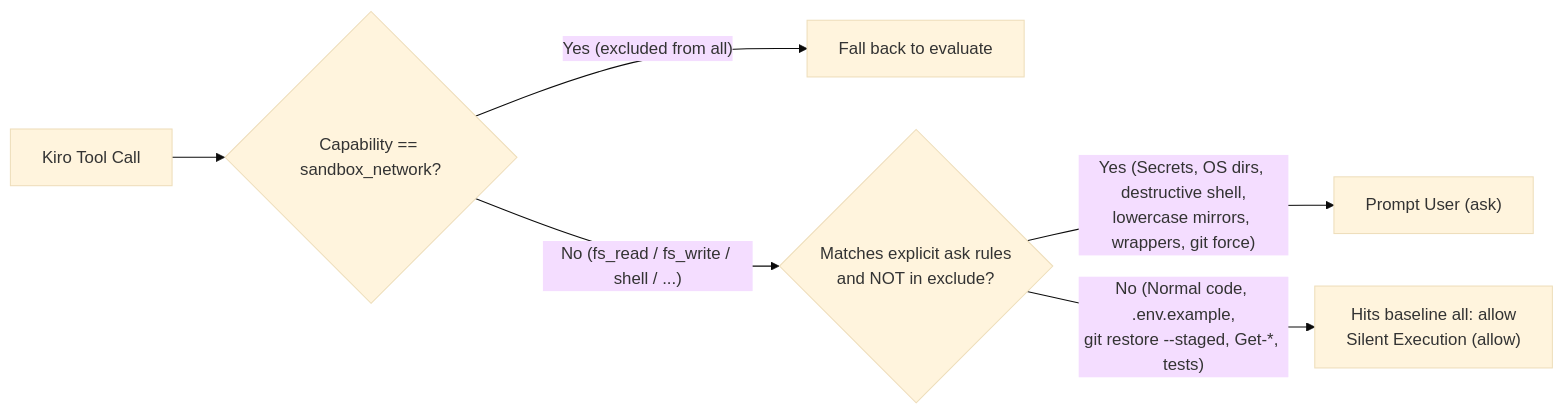
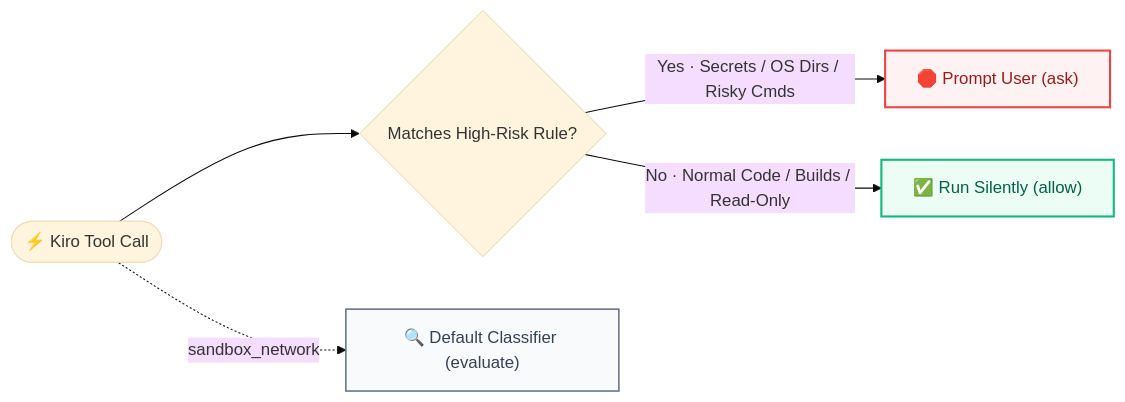
The diagram in README_EN.md (YOIMIYA66/kiro-windows-autonomy), drawn with Mermaid (base theme) before and after one commit. The commit also changed other lines of this file and 1 other file, not shown here.

Commit message:
docs: simplify flowchart and streamline README layout

````diff
--- a/README_EN.md
+++ b/README_EN.md
@@ -74,8 +71,14 @@
 ```mermaid
 flowchart LR
-    A["Kiro Tool Call"] --> B{"Capability == sandbox_network?"}
-    B -- "Yes (excluded from all)" --> C["Fall back to evaluate"]
-    B -- "No (fs_read / fs_write / shell / ...)" --> D{"Matches explicit ask rules\nand NOT in exclude?"}
-    D -- "Yes (Secrets, OS dirs, destructive shell,\nlowercase mirrors, wrappers, git force)" --> E["Prompt User (ask)"]
-    D -- "No (Normal code, .env.example,\ngit restore --staged, Get-*, tests)" --> F["Hits baseline all: allow\nSilent Execution (allow)"]
+    Call(["⚡ Kiro Tool Call"]) --> Check{"Matches High-Risk Rule?"}
+    Check -- "Yes · Secrets / OS Dirs / Risky Cmds" --> Ask["🛑 Prompt User (ask)"]
+    Check -- "No · Normal Code / Builds / Read-Only" --> Allow["✅ Run Silently (allow)"]
+    Call -. "sandbox_network" .-> Eval["🔍 Default Classifier (evaluate)"]
+
+    classDef askStyle fill:#fef2f2,stroke:#ef4444,stroke-width:2px,color:#991b1b
+    classDef allowStyle fill:#ecfdf5,stroke:#10b981,stroke-width:2px,color:#065f46
+    classDef evalStyle fill:#f8fafc,stroke:#64748b,stroke-width:1.5px,color:#334155
+    class Ask askStyle
+    class Allow allowStyle
+    class Eval evalStyle
 ```
````
